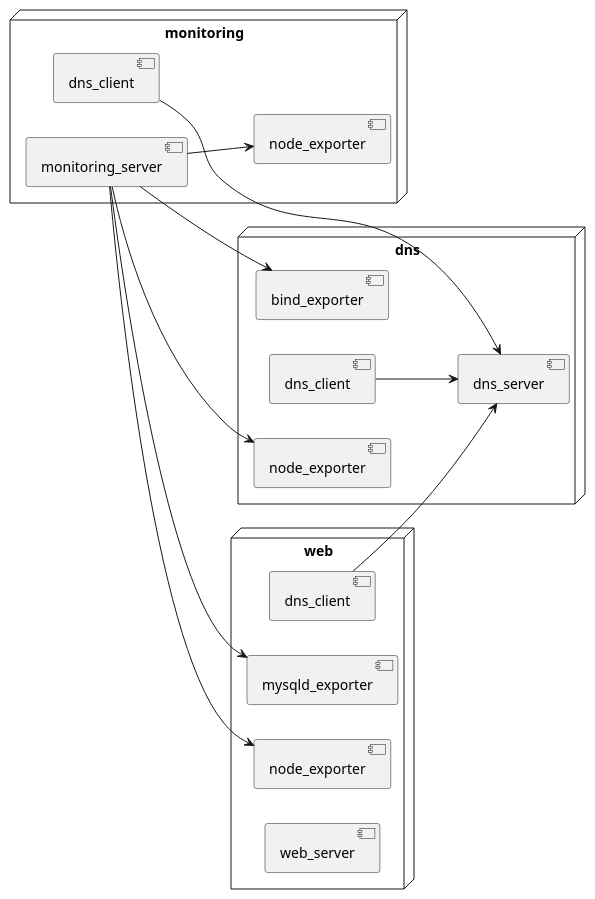
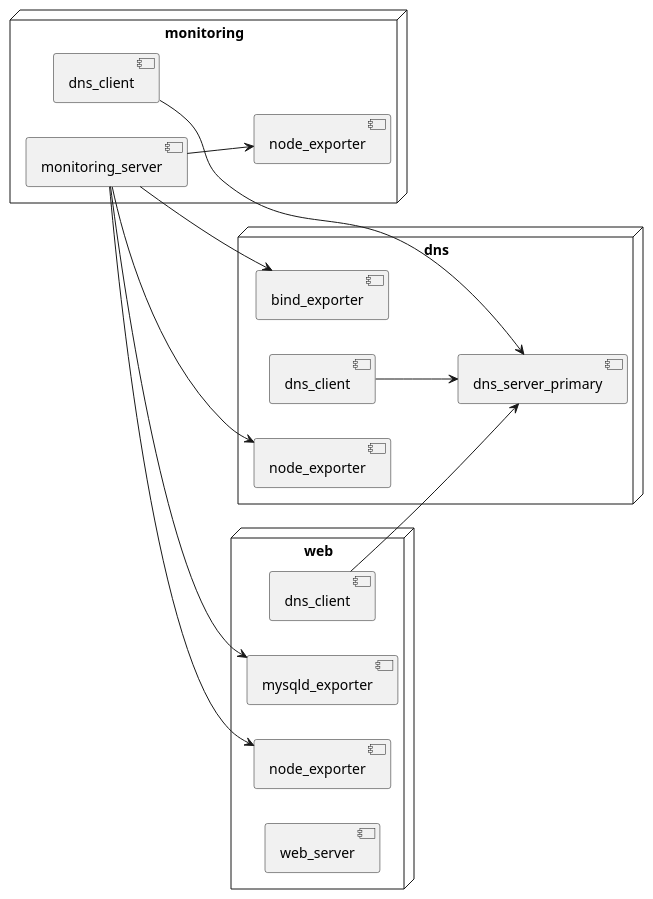
Before and after one commit to lucasluduenasegre/plantuml2ansible: the diagram in input/test_env/uml_test_env.puml, drawn with PlantUML. The commit also changed 40 other files, not shown here.

```diff
--- a/input/test_env/uml_test_env.puml
+++ b/input/test_env/uml_test_env.puml
@@ -1,51 +1,51 @@
 @startuml test_env_test
 ' Specify diagram name above, otherwise falls back on filename for output directory
 ' Note: this name must match with that of the network diagram
 
 ' Fixes the same role name being reused over different nodes
 set separator .
 ' Purely visual, shouldn't have an effect on the parser
 left to right direction
 
 ' Host definition
 '
 ' Format: node <host_identifier> as <description>
 node dns as "dns" {
 
     ' Role definition
     '
     ' Format: component <role_identifier> as <role_name>
     component bind_exporter
     component dns_client
-    component dns_server
+    component dns_server_primary
     component node_exporter
 }
 
 node monitoring {
     component dns_client
     component monitoring_server
     component node_exporter
 }
 
 node web as "web" {
     component dns_client
     component mysqld_exporter
     component node_exporter
     component web_server
 }
 
 ' Role-to-role connections
 '
 ' Format: <network_identifier>.<host_identifier>.<role_identifier> --> <network_identifier>.<host_identifier>.<role_identifier>
-dns.dns_client --> dns.dns_server
+dns.dns_client --> dns.dns_server_primary
 
-monitoring.dns_client --> dns.dns_server
+monitoring.dns_client --> dns.dns_server_primary
 monitoring.monitoring_server --> dns.bind_exporter
 monitoring.monitoring_server --> dns.node_exporter
 monitoring.monitoring_server --> monitoring.node_exporter
 monitoring.monitoring_server --> web.mysqld_exporter
 monitoring.monitoring_server --> web.node_exporter
 
-web.dns_client --> dns.dns_server
+web.dns_client --> dns.dns_server_primary
 
 @enduml
```
